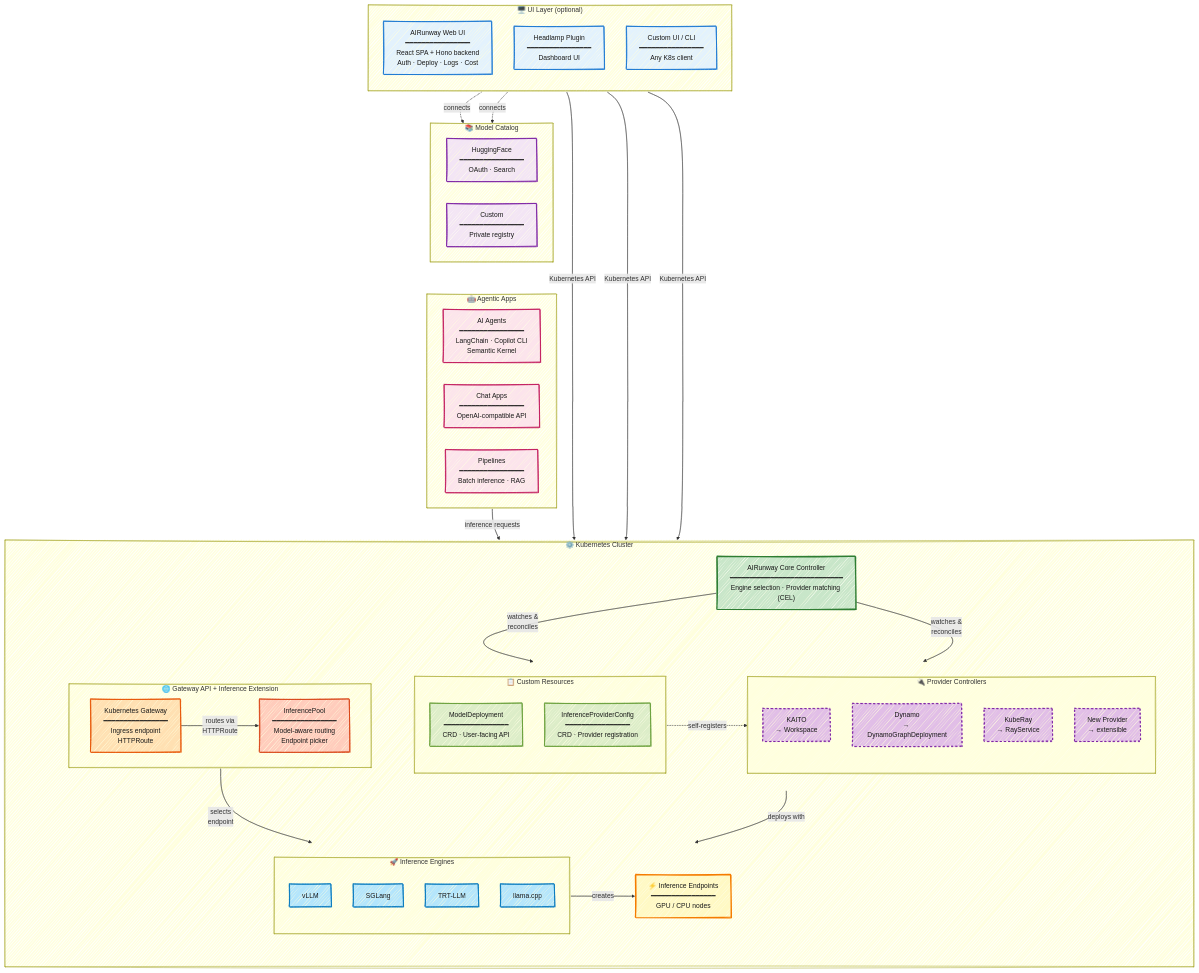
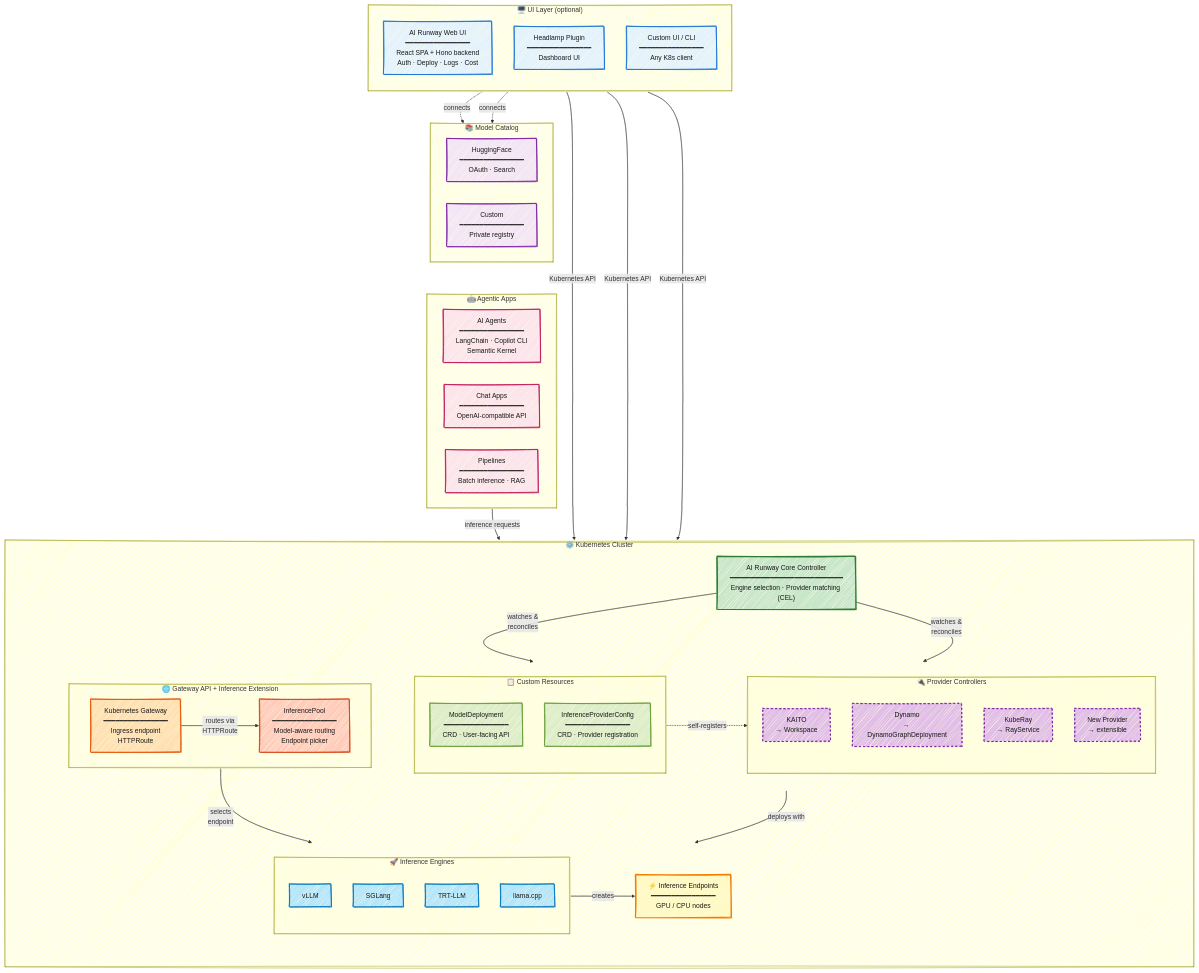
The diagram in docs/architecture.mermaid (kaito-project/airunway), drawn with Mermaid before and after one commit. The commit also changed 50 other files, not shown here.

```diff
--- a/docs/architecture.mermaid
+++ b/docs/architecture.mermaid
@@ -1,121 +1,121 @@
 ---
 config:
   look: handDrawn
   theme: default
 ---
 graph TB
     subgraph UI["🖥️ UI Layer (optional)"]
         direction TB
-        WebUI["AIRunway Web UI<br/>━━━━━━━━━━━━━━━━<br/>React SPA + Hono backend<br/>Auth · Deploy · Logs · Cost"]
+        WebUI["AI Runway Web UI<br/>━━━━━━━━━━━━━━━━<br/>React SPA + Hono backend<br/>Auth · Deploy · Logs · Cost"]
         Headlamp["Headlamp Plugin<br/>━━━━━━━━━━━━━━━━<br/>Dashboard UI"]
         CustomUI["Custom UI / CLI<br/>━━━━━━━━━━━━━━━━<br/>Any K8s client"]
     end
 
     subgraph CATALOG["📚 Model Catalog"]
         direction LR
         HuggingFace["HuggingFace<br/>━━━━━━━━━━━━━━━━<br/>OAuth · Search"]
         PrivateCatalog["Custom<br/>━━━━━━━━━━━━━━━━<br/>Private registry"]
     end
 
     subgraph APPS["🤖 Agentic Apps"]
         direction LR
         AIAgents["AI Agents<br/>━━━━━━━━━━━━━━━━<br/>LangChain · Copilot CLI<br/>Semantic Kernel"]
         ChatApps["Chat Apps<br/>━━━━━━━━━━━━━━━━<br/>OpenAI-compatible API"]
         Pipelines["Pipelines<br/>━━━━━━━━━━━━━━━━<br/>Batch inference · RAG"]
     end
 
     %% Force UI, CATALOG, APPS onto same row
     UI ~~~ CATALOG ~~~ APPS
 
     subgraph K8S["⚙️ Kubernetes Cluster"]
         direction TB
 
-        CoreController["AIRunway Core Controller<br/>━━━━━━━━━━━━━━━━━━━━━━━━━━━━<br/>Engine selection · Provider matching (CEL)"]
+        CoreController["AI Runway Core Controller<br/>━━━━━━━━━━━━━━━━━━━━━━━━━━━━<br/>Engine selection · Provider matching (CEL)"]
 
         subgraph CONTROL_PLANE[" "]
             direction LR
             subgraph CRDS["📋 Custom Resources"]
                 direction TB
                 ModelDeployment["ModelDeployment<br/>━━━━━━━━━━━━━━━━<br/>CRD · User-facing API"]
                 ProviderConfig["InferenceProviderConfig<br/>━━━━━━━━━━━━━━━━<br/>CRD · Provider registration"]
             end
 
             subgraph PROVIDERS["🔌 Provider Controllers"]
                 direction TB
                 KAITO["KAITO<br/>→ Workspace"]
                 Dynamo["Dynamo<br/>→ DynamoGraphDeployment"]
                 KubeRay["KubeRay<br/>→ RayService"]
                 NewProvider["New Provider<br/>→ extensible"]
             end
         end
 
         subgraph DATA_PLANE[" "]
             direction LR
             subgraph ENGINES["🚀 Inference Engines"]
                 direction TB
                 vLLM["vLLM"]
                 SGLang["SGLang"]
                 TRLLM["TRT-LLM"]
                 LlamaCpp["llama.cpp"]
             end
 
             InferenceEndpoints["⚡ Inference Endpoints<br/>━━━━━━━━━━━━━━━━<br/>GPU / CPU nodes"]
         end
 
         subgraph GATEWAY_LAYER["🌐 Gateway API + Inference Extension"]
             direction LR
             K8sGateway["Kubernetes Gateway<br/>━━━━━━━━━━━━━━━━<br/>Ingress endpoint<br/>HTTPRoute"]
             InferencePool["InferencePool<br/>━━━━━━━━━━━━━━━━<br/>Model-aware routing<br/>Endpoint picker"]
         end
     end
 
     %% Model Catalog connections
     WebUI -.->|connects| HuggingFace
     WebUI -.->|connects| PrivateCatalog
 
     %% Kubernetes API connections
     WebUI -->|Kubernetes API| CoreController
     Headlamp -->|Kubernetes API| CoreController
     CustomUI -->|Kubernetes API| CoreController
 
     %% Controller operations
     CoreController -->|watches &<br/>reconciles| ModelDeployment
     CoreController -->|watches &<br/>reconciles| ProviderConfig
 
     %% Provider registration
     ProviderConfig -.->|self-registers| PROVIDERS
 
     %% Provider creates workloads
     PROVIDERS -->|deploys with| ENGINES
     ENGINES -->|creates| InferenceEndpoints
 
     %% Inference request flow
     APPS -->|inference requests| K8sGateway
     K8sGateway -->|routes via<br/>HTTPRoute| InferencePool
     InferencePool -->|selects<br/>endpoint| InferenceEndpoints
 
     %% Styling
     classDef ui fill:#e3f2fd,stroke:#1976d2,stroke-width:2px,color:#1a1a1a
     classDef catalog fill:#f3e5f5,stroke:#7b1fa2,stroke-width:2px,color:#1a1a1a
     classDef apps fill:#fce4ec,stroke:#c2185b,stroke-width:2px,color:#1a1a1a
     classDef controller fill:#c8e6c9,stroke:#2e7d32,stroke-width:3px,color:#1a1a1a
     classDef crd fill:#dcedc8,stroke:#689f38,stroke-width:2px,color:#1a1a1a
     classDef provider fill:#e1bee7,stroke:#7b1fa2,stroke-width:2px,stroke-dasharray:5 5,color:#1a1a1a
     classDef engine fill:#b3e5fc,stroke:#0277bd,stroke-width:2px,color:#1a1a1a
     classDef endpoint fill:#fff9c4,stroke:#f57c00,stroke-width:3px,color:#1a1a1a
     classDef gateway fill:#ffe0b2,stroke:#e65100,stroke-width:2px,color:#1a1a1a
     classDef pool fill:#ffccbc,stroke:#d84315,stroke-width:2px,color:#1a1a1a
 
     class WebUI,Headlamp,CustomUI ui
     class HuggingFace,PrivateCatalog catalog
     class AIAgents,ChatApps,Pipelines apps
     class CoreController controller
     class ModelDeployment,ProviderConfig crd
     class KAITO,Dynamo,KubeRay,NewProvider provider
     class vLLM,SGLang,TRLLM,LlamaCpp engine
     class InferenceEndpoints endpoint
     class K8sGateway gateway
     class InferencePool pool
 
     style CONTROL_PLANE fill:none,stroke:none
     style DATA_PLANE fill:none,stroke:none
```
